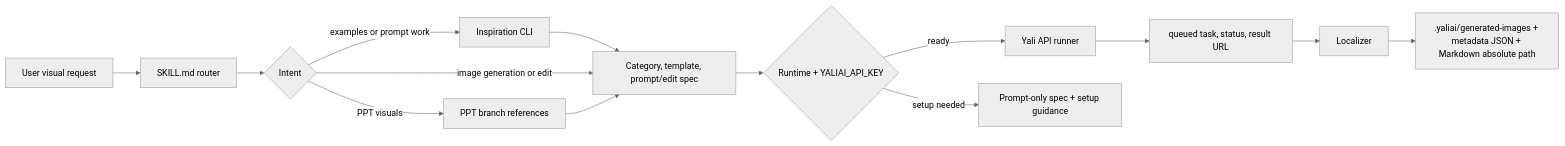
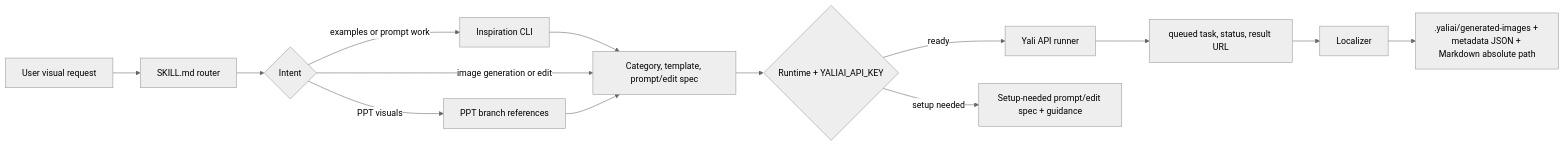
Before and after one commit to pptt121212/yaliai-gpt-image-2-inspiration: the diagram in SKILL.md, drawn with Mermaid (neutral theme). The commit also changed other lines of this file and 26 other files, not shown here.

````diff
--- a/SKILL.md
+++ b/SKILL.md
@@ -28,16 +28,16 @@
 ```mermaid
 flowchart LR
   U["User visual request"] --> R["SKILL.md router"]
   R --> C{"Intent"}
   C -->|examples or prompt work| I["Inspiration CLI"]
   I --> P["Category, template, prompt/edit spec"]
   C -->|image generation or edit| P
   C -->|PPT visuals| PPT["PPT branch references"]
   PPT --> P
   P --> K{"Runtime + YALIAI_API_KEY"}
   K -->|ready| Y["Yali API runner"]
   Y --> T["queued task, status, result URL"]
   T --> L["Localizer"]
   L --> O[".yaliai/generated-images + metadata JSON + Markdown absolute path"]
-  K -->|setup needed| Q["Prompt-only spec + setup guidance"]
+  K -->|setup needed| Q["Setup-needed prompt/edit spec + guidance"]
 ```
````
